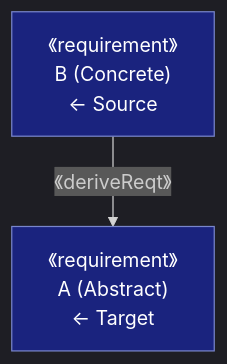
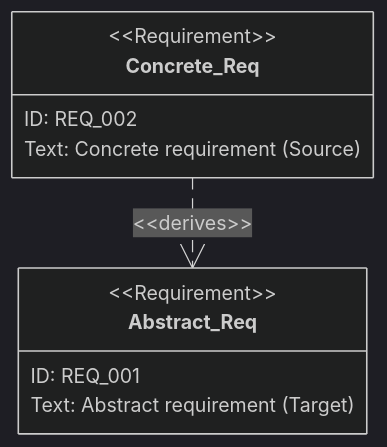
The eighth of 20 diagrams in plugins/sdd-workflow/shared/references/requirements_diagram_components.md (ToshikiImagawa/ai-sdd-workflow), drawn with Mermaid before and after one commit. The commit also changed other lines of this file and 2 other files, not shown here.

Commit message:
要件図の構文をMermaidの標準仕様に基づき全面更新し、関連記述を最新化。要素、属性、関係性定義の詳細例および記法ガイドを強化。

````diff
--- a/plugins/sdd-workflow/shared/references/requirements_diagram_components.md
+++ b/plugins/sdd-workflow/shared/references/requirements_diagram_components.md
@@ -184,12 +345,16 @@
 ```mermaid
 %%{init: {'theme': 'dark'}}%%
-flowchart TB
-    B["《requirement》<br/>B (Concrete)<br/>← Source"]
-    A["《requirement》<br/>A (Abstract)<br/>← Target"]
+requirementDiagram
 
-    B -->|《deriveReqt》| A
+    requirement Concrete_Req {
+        id: REQ_002
+        text: "Concrete requirement (Source)"
+    }
 
-    classDef req fill:#1a237e,stroke:#7986cb,color:#fff
+    requirement Abstract_Req {
+        id: REQ_001
+        text: "Abstract requirement (Target)"
+    }
 
-    class B,A req
+    Concrete_Req - derives -> Abstract_Req
 ```
````
